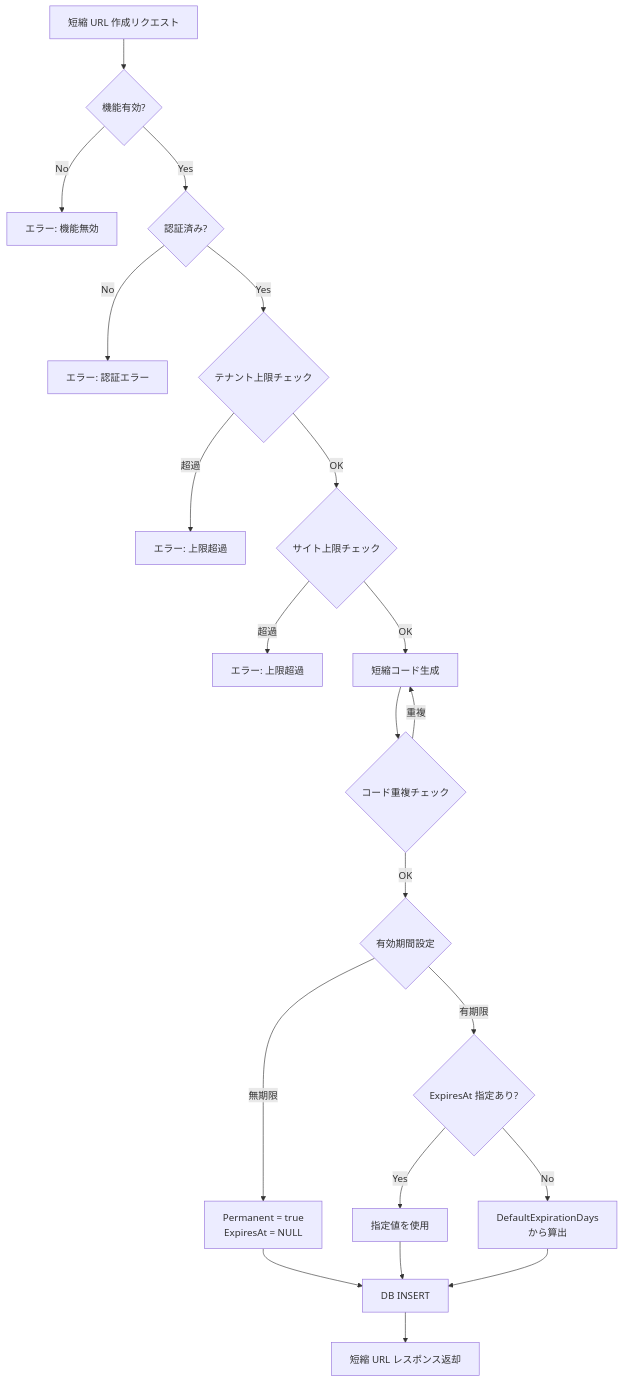
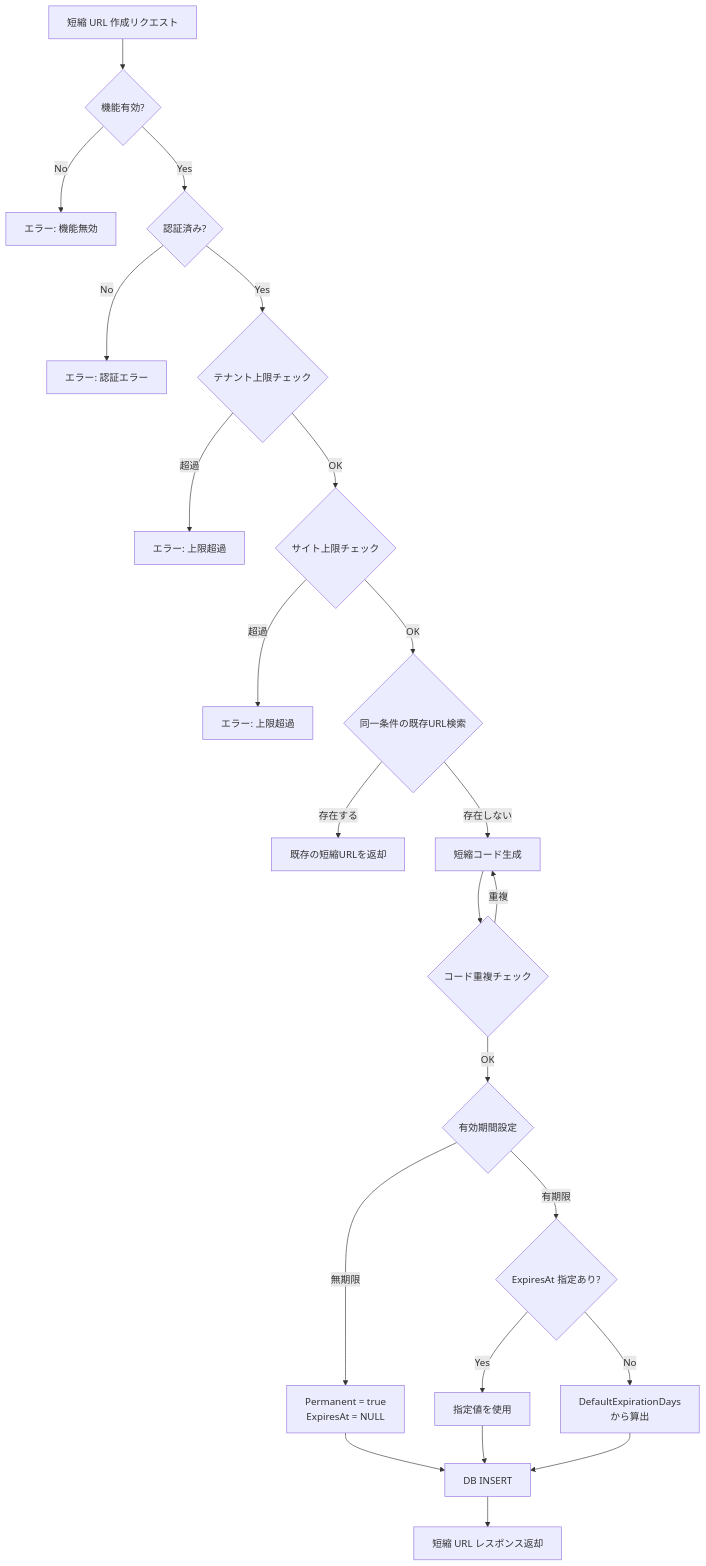
One commit to vehiclevisionjp/VehicleVision.Pleasanter.ResearchDocuments changed the fifth of 6 diagrams in docs/research/04-外部連携・フィード/006-短縮URL機能設計.md. Above: the diagram before and after it, drawn with Mermaid. The commit also changed other lines of this file, not shown here.

````diff
--- a/docs/research/04-外部連携・フィード/006-短縮URL機能設計.md
+++ b/docs/research/04-外部連携・フィード/006-短縮URL機能設計.md
@@ -703,23 +714,25 @@
 ```mermaid
 flowchart TD
     A[短縮 URL 作成リクエスト] --> B{機能有効?}
     B -->|No| C[エラー: 機能無効]
     B -->|Yes| D{認証済み?}
     D -->|No| E[エラー: 認証エラー]
     D -->|Yes| F{テナント上限チェック}
     F -->|超過| G[エラー: 上限超過]
     F -->|OK| H{サイト上限チェック}
     H -->|超過| I[エラー: 上限超過]
-    H -->|OK| J[短縮コード生成]
+    H -->|OK| I2{同一条件の既存URL検索}
+    I2 -->|存在する| I3[既存の短縮URLを返却]
+    I2 -->|存在しない| J[短縮コード生成]
     J --> K{コード重複チェック}
     K -->|重複| J
     K -->|OK| L{有効期間設定}
     L -->|無期限| M[Permanent = true<br/>ExpiresAt = NULL]
     L -->|有期限| N{ExpiresAt 指定あり?}
     N -->|Yes| O[指定値を使用]
     N -->|No| P[DefaultExpirationDays<br/>から算出]
     M --> Q[DB INSERT]
     O --> Q
     P --> Q
     Q --> R[短縮 URL レスポンス返却]
 ```
````
